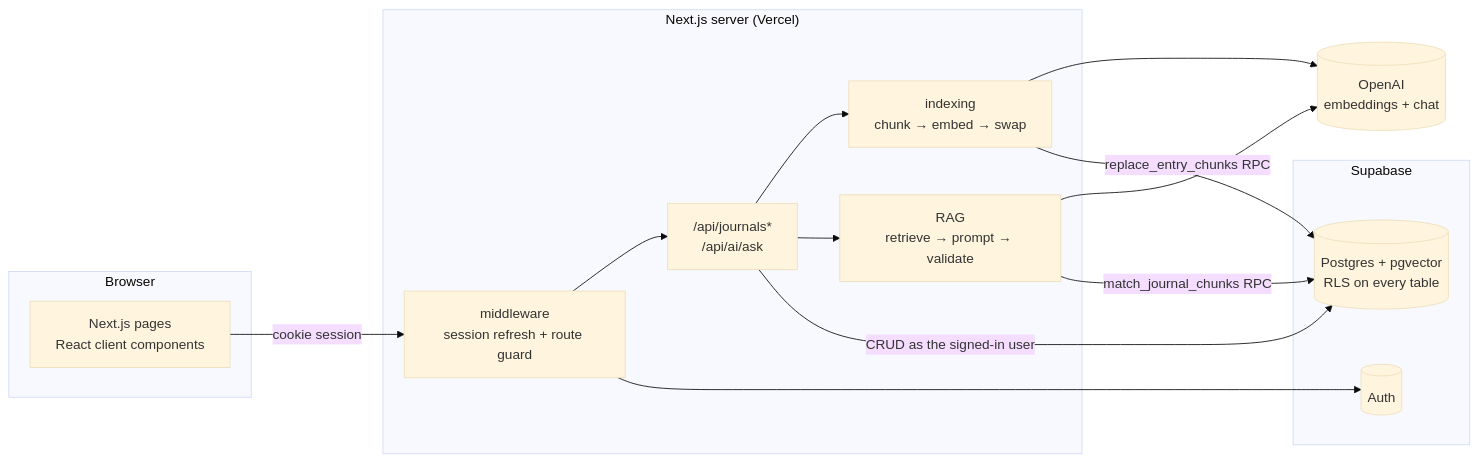
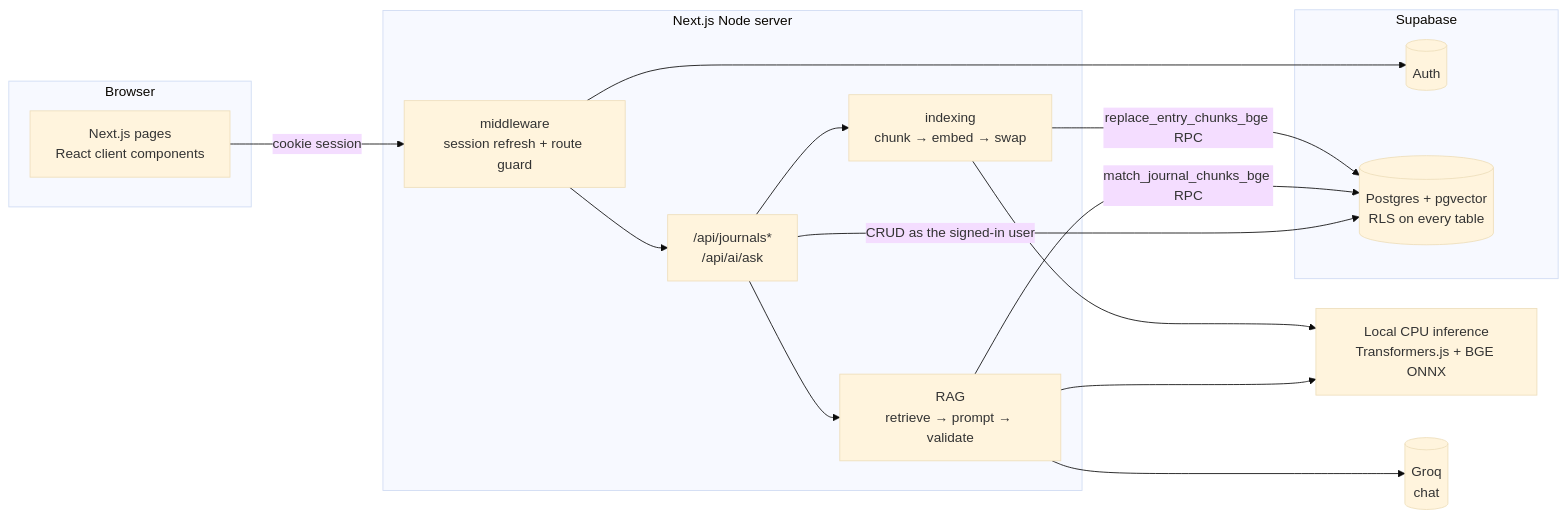
The diagram in README.md (Samarthsalvade/reflect-ai), drawn with Mermaid (base theme) before and after one commit. The commit also changed other lines of this file and 34 other files, not shown here.

Commit message:
Complete journal MVP with local embeddings and faster development

````diff
--- a/README.md
+++ b/README.md
@@ -25,25 +27,27 @@
 ```mermaid
 flowchart LR
   subgraph Browser
     UI[Next.js pages<br/>React client components]
   end
-  subgraph "Next.js server (Vercel)"
+  subgraph "Next.js Node server"
     MW[middleware<br/>session refresh + route guard]
     API["/api/journals*<br/>/api/ai/ask"]
     IDX[indexing<br/>chunk → embed → swap]
     RAG[RAG<br/>retrieve → prompt → validate]
   end
   subgraph Supabase
     AUTH[(Auth)]
     PG[(Postgres + pgvector<br/>RLS on every table)]
   end
-  OAI[(OpenAI<br/>embeddings + chat)]
+  HF[Local CPU inference<br/>Transformers.js + BGE ONNX]
+  GROQ[(Groq<br/>chat)]
 
   UI -->|cookie session| MW --> API
-  API --> IDX --> OAI
-  API --> RAG --> OAI
-  IDX -->|replace_entry_chunks RPC| PG
-  RAG -->|match_journal_chunks RPC| PG
+  API --> IDX --> HF
+  API --> RAG --> GROQ
+  RAG --> HF
+  IDX -->|replace_entry_chunks_bge RPC| PG
+  RAG -->|match_journal_chunks_bge RPC| PG
   API -->|CRUD as the signed-in user| PG
   MW --> AUTH
 ```
````
